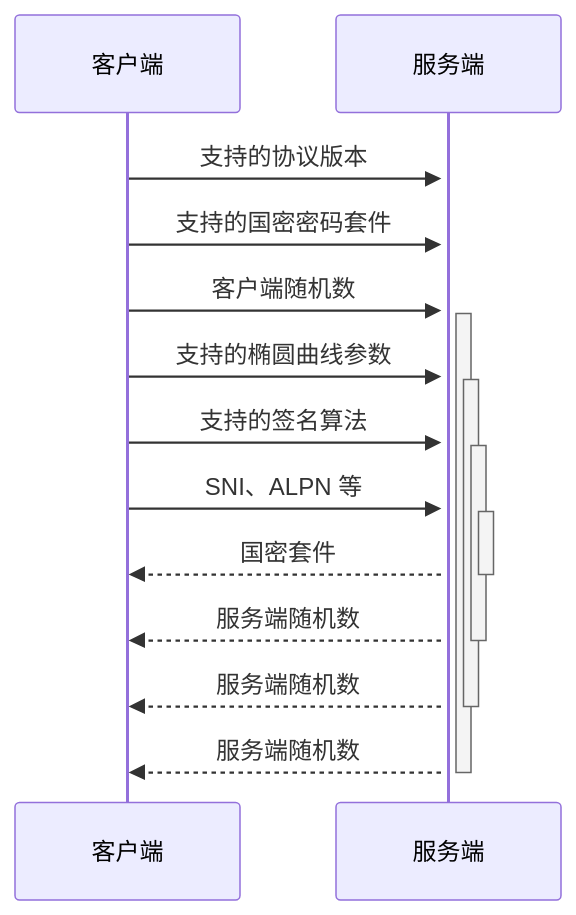
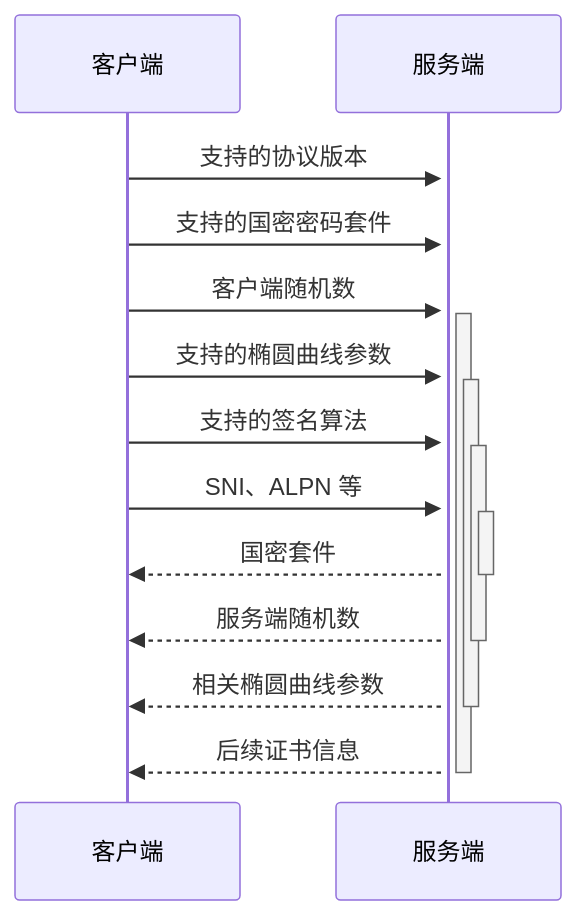
One commit to HY-10-8/iodraw-files changed the diagram in all/未命名-1.md. Above: the diagram before and after it, drawn with Mermaid.

Commit message:
2026-03-24 10:00:44 update

````diff
--- a/all/未命名-1.md
+++ b/all/未命名-1.md
@@ -1,16 +1,16 @@
 ```mermaid
 sequenceDiagram
     客户端->>+服务端: 支持的协议版本
     客户端->>+服务端: 支持的国密密码套件
     客户端->>+服务端: 客户端随机数
     客户端->>+服务端: 支持的椭圆曲线参数
     客户端->>+服务端: 支持的签名算法
     客户端->>+服务端: SNI、ALPN 等
 
     服务端-->>-客户端: 国密套件
     服务端-->>-客户端: 服务端随机数
-    服务端-->>-客户端: 服务端随机数
-    服务端-->>-客户端: 服务端随机数
+    服务端-->>-客户端: 相关椭圆曲线参数
+    服务端-->>-客户端: 后续证书信息
 
             
 ```
````
